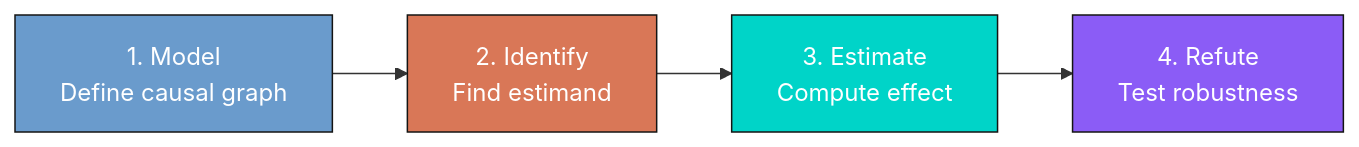
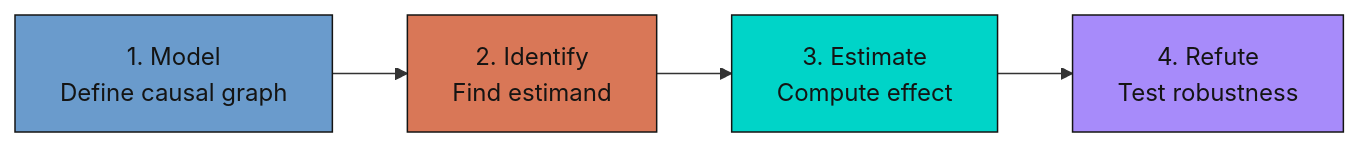
One commit to cmg777/starter-academic-v501 changed the first of 2 diagrams in content/post/python_dowhy_intro/index.md. Above: the diagram before and after it, drawn with Mermaid. The commit also changed other lines of this file and 67 other files, not shown here.

First line of the commit message:
fix(mermaid): readable diagram text in both themes across the site

````diff
--- a/content/post/python_dowhy_intro/index.md
+++ b/content/post/python_dowhy_intro/index.md
@@ -258,10 +258,10 @@
 ```mermaid
 graph LR
     A["1. Model<br/>Define causal graph"] --> B["2. Identify<br/>Find estimand"]
     B --> C["3. Estimate<br/>Compute effect"]
     C --> D["4. Refute<br/>Test robustness"]
-    style A fill:#6a9bcc,stroke:#141413,color:#fff
-    style B fill:#d97757,stroke:#141413,color:#fff
-    style C fill:#00d4c8,stroke:#141413,color:#fff
-    style D fill:#8b5cf6,stroke:#141413,color:#fff
+    style A fill:#6a9bcc,stroke:#141413,color:#141413
+    style B fill:#d97757,stroke:#141413,color:#141413
+    style C fill:#00d4c8,stroke:#141413,color:#141413
+    style D fill:#a78bfa,stroke:#141413,color:#141413
 ```
````
